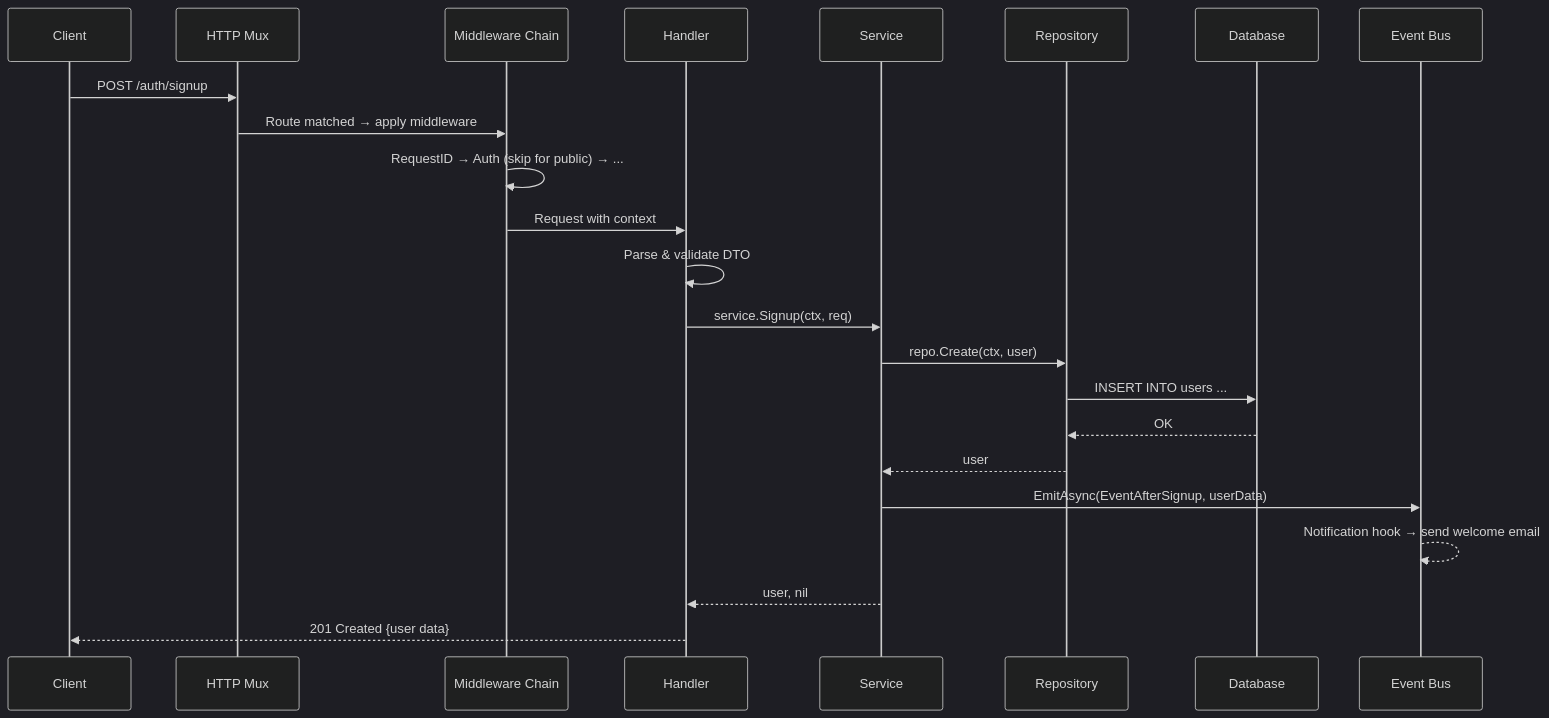
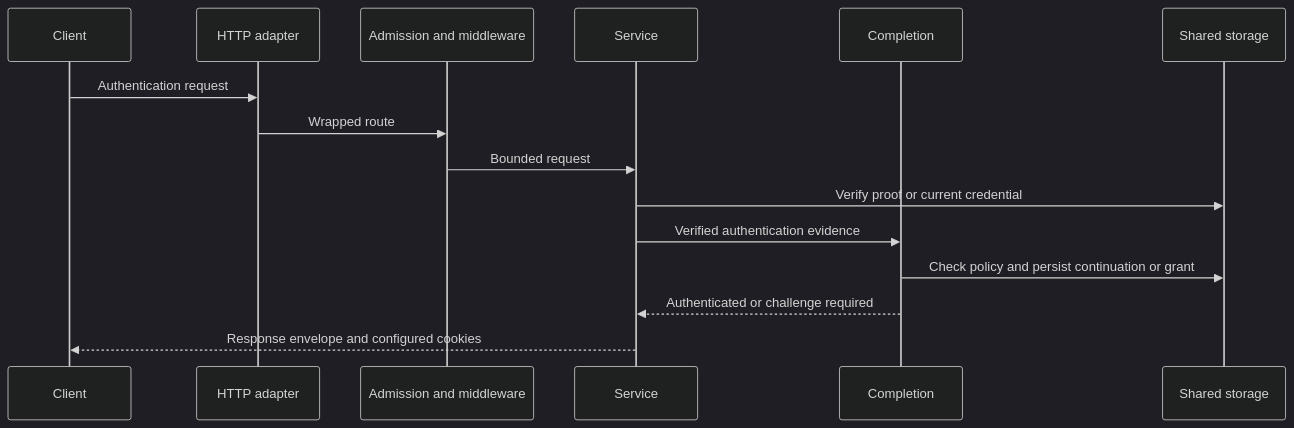
Before and after one commit to bete7512/goauth: the third of 7 diagrams in docs/docs/architecture.md, drawn with Mermaid (dark theme). The commit also changed other lines of this file and 346 other files, not shown here.

First line of the commit message:
Refactor two-factor authentication and invitation tests; enhance OAuth flow handling

````diff
--- a/docs/docs/architecture.md
+++ b/docs/docs/architecture.md
@@ -201,26 +110,17 @@
 ```mermaid
 sequenceDiagram
     participant Client
-    participant Mux as HTTP Mux
-    participant MW as Middleware Chain
-    participant Handler
+    participant Adapter as HTTP adapter
+    participant Guard as Admission and middleware
     participant Service
-    participant Repo as Repository
-    participant DB as Database
-    participant Events as Event Bus
-
-    Client->>Mux: POST /auth/signup
-    Mux->>MW: Route matched → apply middleware
-    MW->>MW: RequestID → Auth (skip for public) → ...
-    MW->>Handler: Request with context
-    Handler->>Handler: Parse & validate DTO
-    Handler->>Service: service.Signup(ctx, req)
-    Service->>Repo: repo.Create(ctx, user)
-    Repo->>DB: INSERT INTO users ...
-    DB-->>Repo: OK
-    Repo-->>Service: user
-    Service->>Events: EmitAsync(EventAfterSignup, userData)
-    Events-->>Events: Notification hook → send welcome email
-    Service-->>Handler: user, nil
-    Handler-->>Client: 201 Created {user data}
+    participant Completion
+    participant Store as Shared storage
+    Client->>Adapter: Authentication request
+    Adapter->>Guard: Wrapped route
+    Guard->>Service: Bounded request
+    Service->>Store: Verify proof or current credential
+    Service->>Completion: Verified authentication evidence
+    Completion->>Store: Check policy and persist continuation or grant
+    Completion-->>Service: Authenticated or challenge required
+    Service-->>Client: Response envelope and configured cookies
 ```
````
